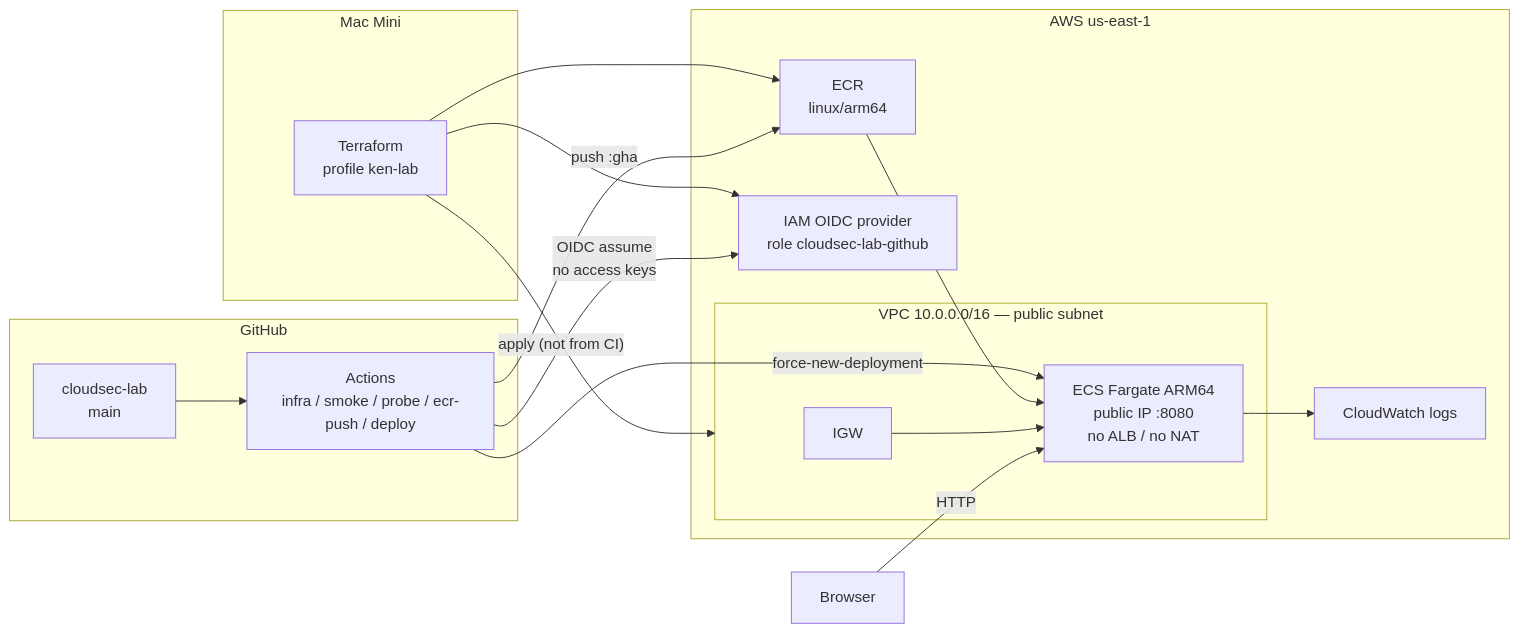
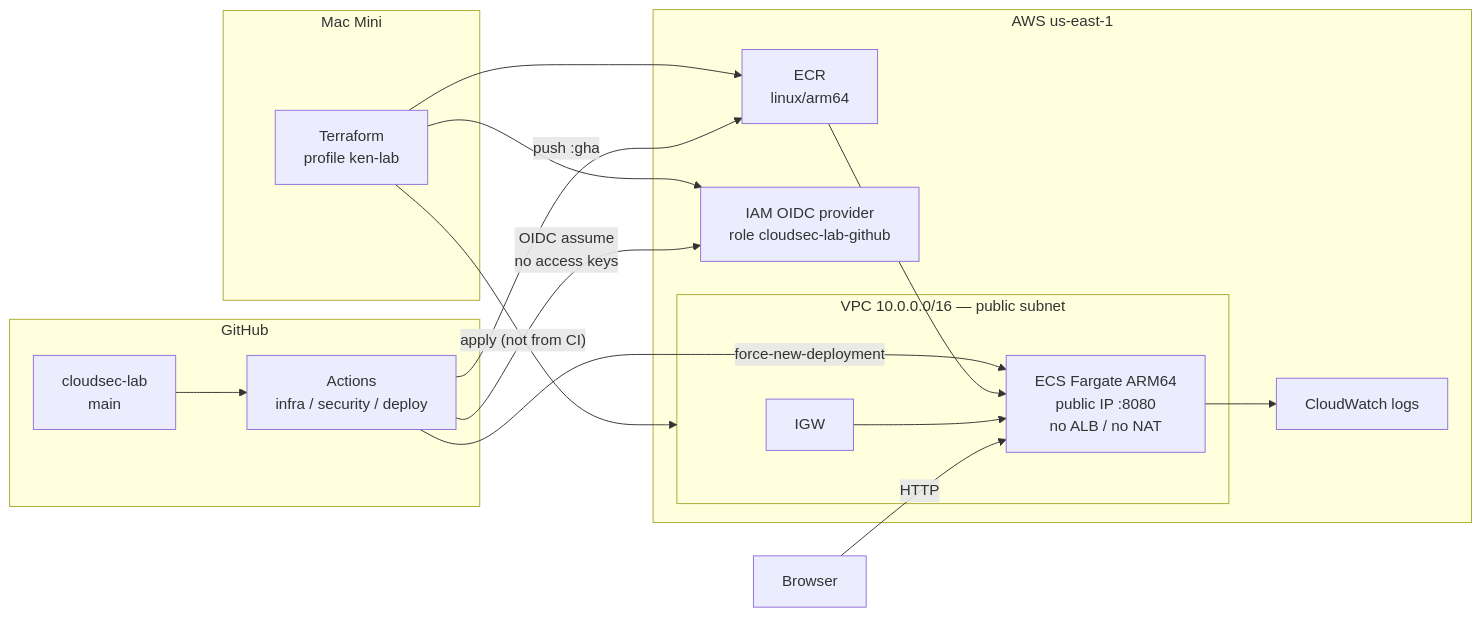
The diagram in README.md (glorified-g/cloudsec-lab), drawn with Mermaid before and after one commit. The commit also changed other lines of this file and 7 other files, not shown here.

````diff
--- a/README.md
+++ b/README.md
@@ -5,35 +5,35 @@
 ```mermaid
 flowchart LR
   subgraph laptop ["Mac Mini"]
     tf["Terraform\nprofile ken-lab"]
   end
 
   subgraph github ["GitHub"]
     repo["cloudsec-lab\nmain"]
-    gha["Actions\ninfra / smoke / probe / ecr-push / deploy"]
+    gha["Actions\ninfra / security / deploy"]
   end
 
   subgraph aws ["AWS us-east-1"]
     oidc["IAM OIDC provider\nrole cloudsec-lab-github"]
     ecr["ECR\nlinux/arm64"]
     subgraph vpc ["VPC 10.0.0.0/16 — public subnet"]
       igw[IGW]
       task["ECS Fargate ARM64\npublic IP :8080\nno ALB / no NAT"]
     end
     cw["CloudWatch logs"]
   end
 
   you[Browser]
 
   tf -->|"apply (not from CI)"| vpc
   tf --> oidc
   tf --> ecr
   repo --> gha
   gha -->|"OIDC assume\nno access keys"| oidc
   gha -->|"push :gha"| ecr
   gha -->|"force-new-deployment"| task
   ecr --> task
   task --> cw
   igw --> task
   you -->|"HTTP"| task
 ```
````
